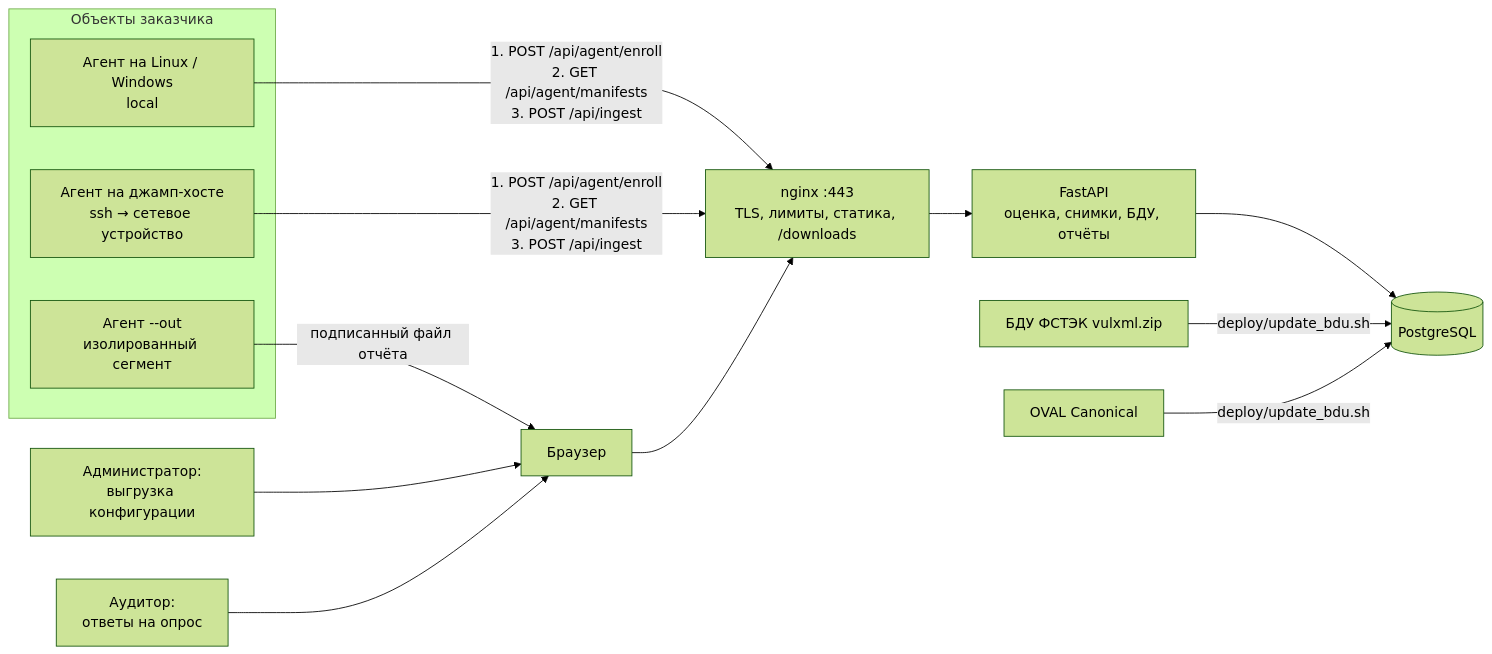
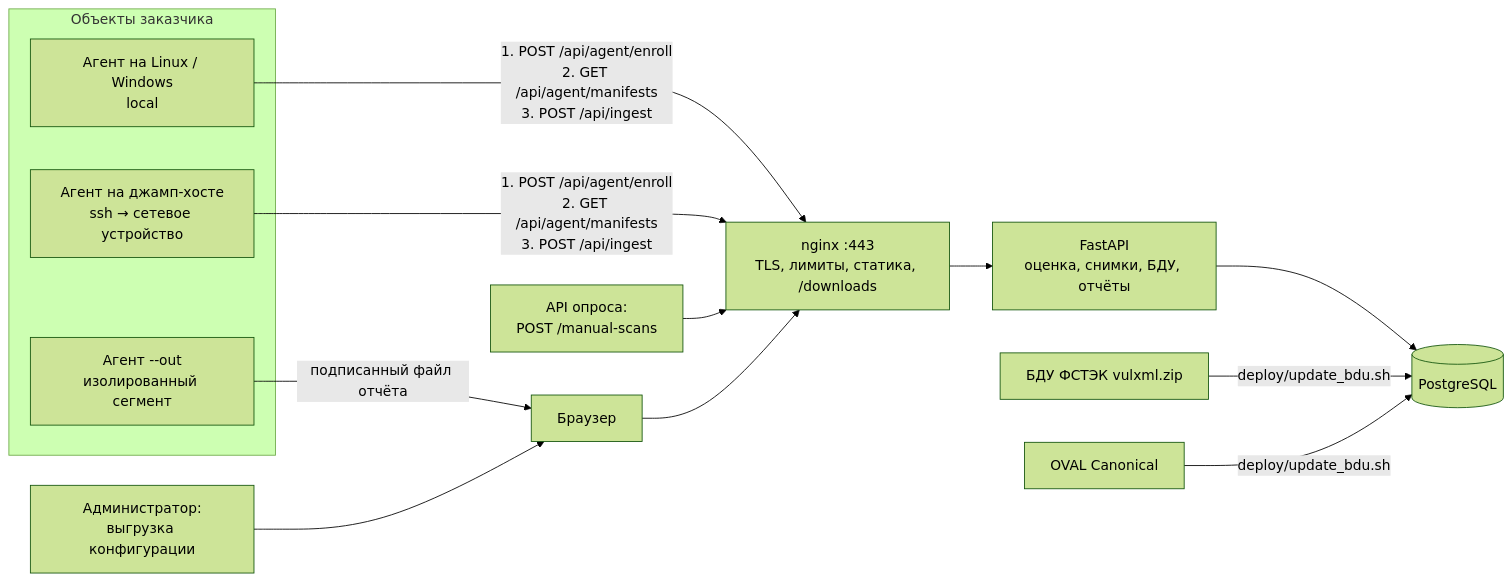
One commit to obryadov111/hardening changed the first of 5 diagrams in docs/project-description.md. Above: the diagram before and after it, drawn with Mermaid (forest theme). The commit also changed other lines of this file and 23 other files, not shown here.

````diff
--- a/docs/project-description.md
+++ b/docs/project-description.md
@@ -90,23 +90,23 @@
 ```mermaid
 flowchart LR
     subgraph Z[Объекты заказчика]
       A1[Агент на Linux / Windows<br/>local]
       A2[Агент на джамп-хосте<br/>ssh → сетевое устройство]
       A3[Агент --out<br/>изолированный сегмент]
     end
     U1[Администратор:<br/>выгрузка конфигурации]
-    U2[Аудитор:<br/>ответы на опрос]
+    U2[API опроса:<br/>POST /manual-scans]
     B[Браузер]
     N[nginx :443<br/>TLS, лимиты, статика, /downloads]
     S[FastAPI<br/>оценка, снимки, БДУ, отчёты]
     D[(PostgreSQL)]
     F[БДУ ФСТЭК vulxml.zip]
     O[OVAL Canonical]
 
     A1 & A2 -->|1. POST /api/agent/enroll<br/>2. GET /api/agent/manifests<br/>3. POST /api/ingest| N
     A3 -->|подписанный файл отчёта| B
     U1 --> B
-    U2 --> B
+    U2 --> N
     B --> N --> S --> D
     F & O -->|deploy/update_bdu.sh| D
 ```
````
